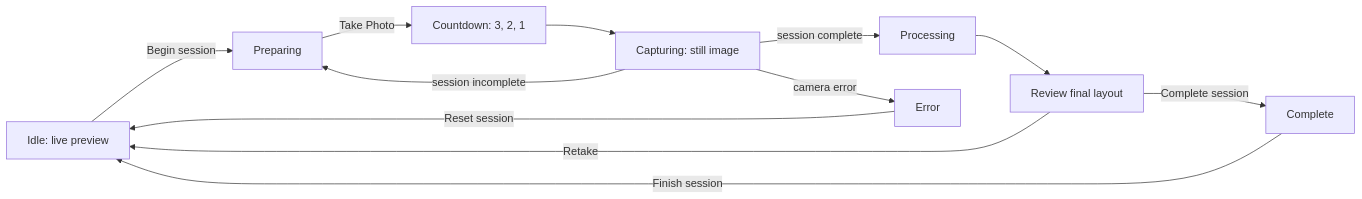
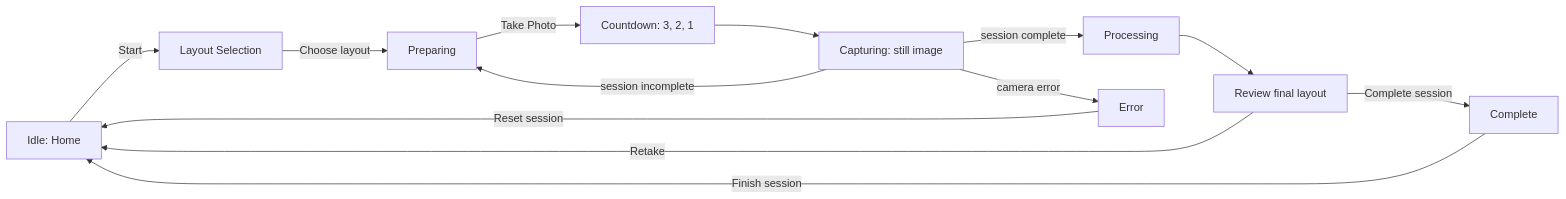
The fourth of 5 diagrams in docs/architecture/overview.md (djr8nch/piprints), drawn with Mermaid before and after one commit. The commit also changed other lines of this file and 13 other files, not shown here.

Commit message:
add layout selection screen

````diff
--- a/docs/architecture/overview.md
+++ b/docs/architecture/overview.md
@@ -193,14 +197,15 @@
 ```mermaid
 flowchart LR
-    Idle["Idle: live preview"] -->|Begin session| Preparing["Preparing"]
+    Idle["Idle: Home"] -->|Start| LayoutSelection["Layout Selection"]
+    LayoutSelection -->|Choose layout| Preparing["Preparing"]
     Preparing -->|Take Photo| Countdown["Countdown: 3, 2, 1"]
     Countdown --> Capturing["Capturing: still image"]
     Capturing -->|session incomplete| Preparing
     Capturing -->|session complete| Processing
     Processing --> Review["Review final layout"]
     Review -->|Retake| Idle
     Review -->|Complete session| Complete
     Complete -->|Finish session| Idle
     Capturing -->|camera error| Error
     Error -->|Reset session| Idle
 ```
````
